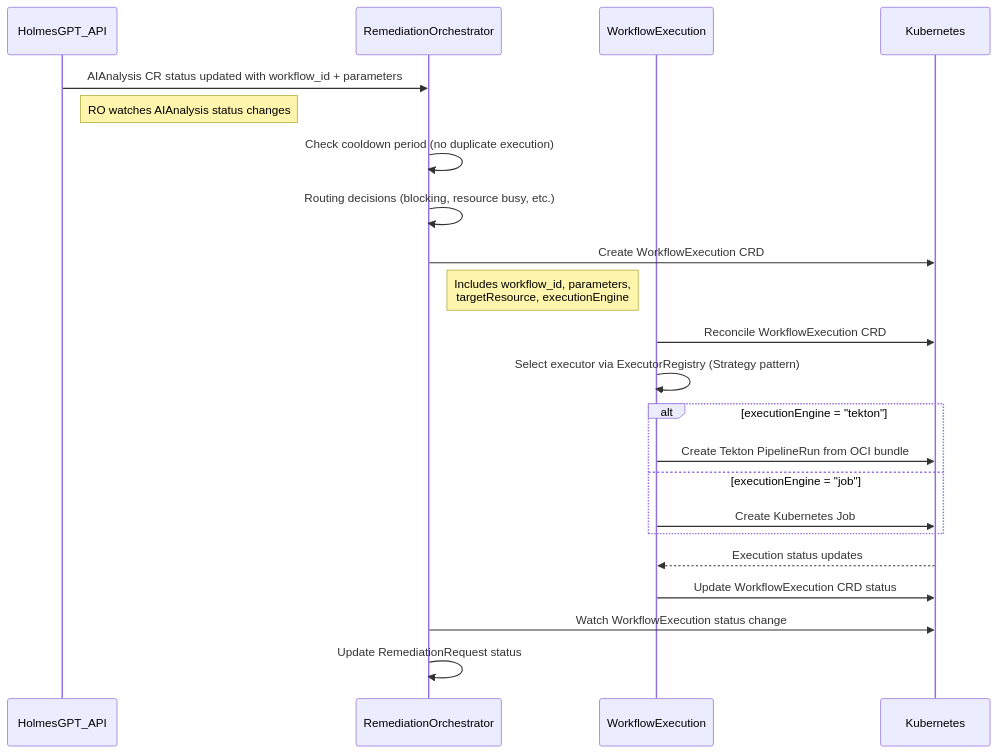
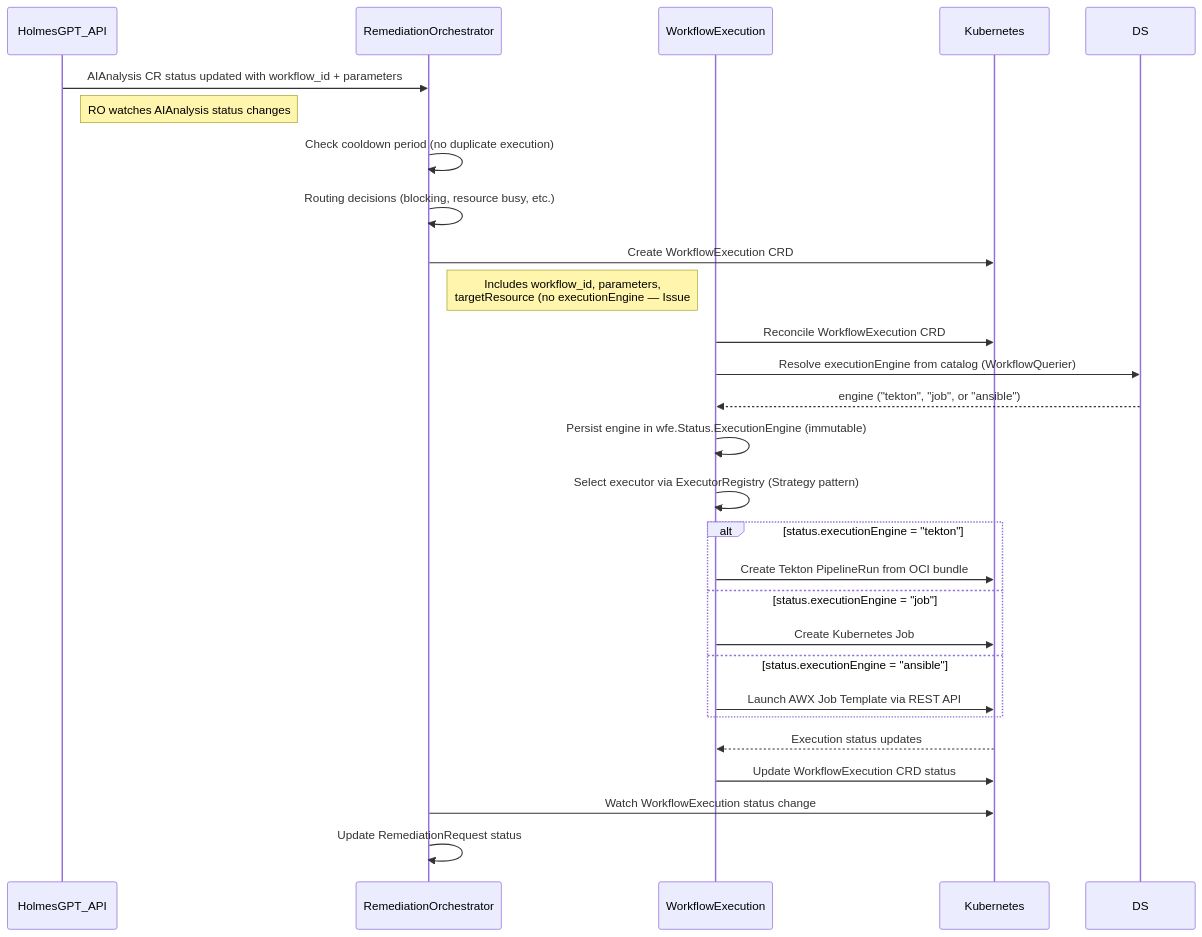
Before and after one commit to jordigilh/kubernaut: the fourth of 10 diagrams in docs/architecture/decisions/DD-WORKFLOW-017-workflow-lifecycle-component-interactions.md, drawn with Mermaid. The commit also changed other lines of this file and 4 other files, not shown here.

First line of the commit message:
docs: update authoritative docs for executionEngine runtime resolution (#518)

````diff
--- a/docs/architecture/decisions/DD-WORKFLOW-017-workflow-lifecycle-component-interactions.md
+++ b/docs/architecture/decisions/DD-WORKFLOW-017-workflow-lifecycle-component-interactions.md
@@ -358,30 +362,35 @@
 ```mermaid
 sequenceDiagram
     participant HAPI as HolmesGPT_API
     participant RO as RemediationOrchestrator
     participant WE as WorkflowExecution
     participant K8s as Kubernetes
 
     HAPI->>RO: AIAnalysis CR status updated with workflow_id + parameters
     Note right of HAPI: RO watches AIAnalysis status changes
 
     RO->>RO: Check cooldown period (no duplicate execution)
     RO->>RO: Routing decisions (blocking, resource busy, etc.)
     RO->>K8s: Create WorkflowExecution CRD
-    Note right of RO: Includes workflow_id, parameters,<br/>targetResource, executionEngine
+    Note right of RO: Includes workflow_id, parameters,<br/>targetResource (no executionEngine — Issue #518)
 
     WE->>K8s: Reconcile WorkflowExecution CRD
+    WE->>DS: Resolve executionEngine from catalog (WorkflowQuerier)
+    DS-->>WE: engine ("tekton", "job", or "ansible")
+    WE->>WE: Persist engine in wfe.Status.ExecutionEngine (immutable)
     WE->>WE: Select executor via ExecutorRegistry (Strategy pattern)
 
-    alt executionEngine = "tekton"
+    alt status.executionEngine = "tekton"
         WE->>K8s: Create Tekton PipelineRun from OCI bundle
-    else executionEngine = "job"
+    else status.executionEngine = "job"
         WE->>K8s: Create Kubernetes Job
+    else status.executionEngine = "ansible"
+        WE->>K8s: Launch AWX Job Template via REST API
     end
 
     K8s-->>WE: Execution status updates
     WE->>K8s: Update WorkflowExecution CRD status
 
     RO->>K8s: Watch WorkflowExecution status change
     RO->>RO: Update RemediationRequest status
 ```
````
